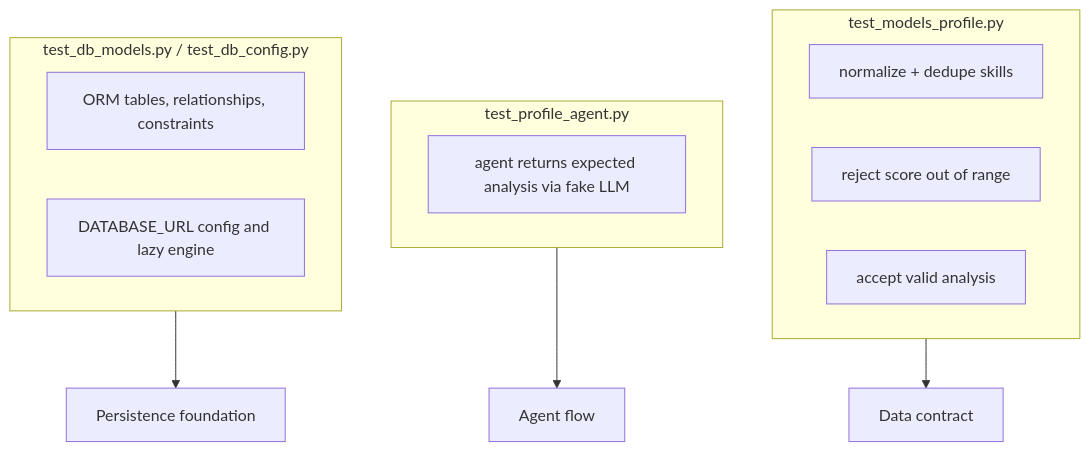
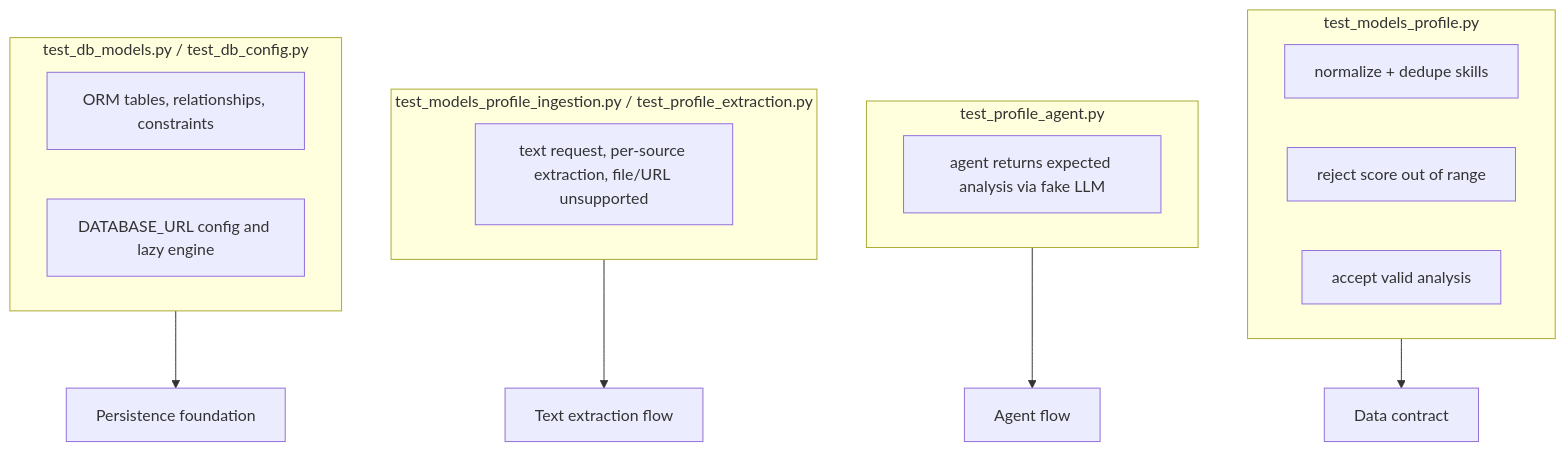
The diagram in docs/development/testing.md (shira-ozana/career-ai), drawn with Mermaid before and after one commit. The commit also changed other lines of this file and 27 other files, not shown here.

First line of the commit message:
Add text profile extraction that returns per-source facts.

````diff
--- a/docs/development/testing.md
+++ b/docs/development/testing.md
@@ -33,21 +35,26 @@
 ```mermaid
 flowchart TB
     subgraph Models["test_models_profile.py"]
         T1[normalize + dedupe skills]
         T2[reject score out of range]
         T3[accept valid analysis]
     end
 
     subgraph Agent["test_profile_agent.py"]
         T4[agent returns expected analysis via fake LLM]
     end
 
+    subgraph Ingestion["test_models_profile_ingestion.py / test_profile_extraction.py"]
+        T7[text request, per-source extraction, file/URL unsupported]
+    end
+
     subgraph Persistence["test_db_models.py / test_db_config.py"]
         T5[ORM tables, relationships, constraints]
         T6[DATABASE_URL config and lazy engine]
     end
 
     Models --> Contract[Data contract]
     Agent --> Flow[Agent flow]
+    Ingestion --> Extract[Text extraction flow]
     Persistence --> Schema[Persistence foundation]
 ```
````
